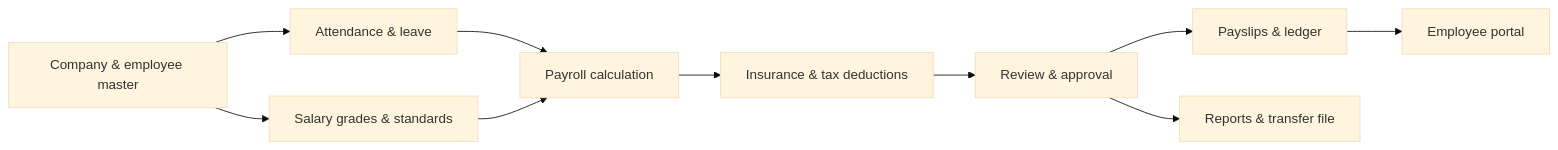
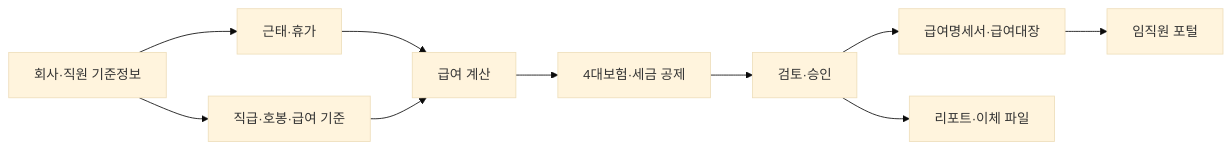
One commit to sunwoo8478/ERP changed the diagram in README.md. Above: the diagram before and after it, drawn with Mermaid (base theme). The commit also changed other lines of this file, not shown here.

````diff
--- a/README.md
+++ b/README.md
@@ -26,12 +26,12 @@
 ```mermaid
 flowchart LR
-    MASTER[Company & employee master] --> ATT[Attendance & leave]
-    MASTER --> STANDARD[Salary grades & standards]
-    ATT --> CALC[Payroll calculation]
+    MASTER[회사·직원 기준정보] --> ATT[근태·휴가]
+    MASTER --> STANDARD[직급·호봉·급여 기준]
+    ATT --> CALC[급여 계산]
     STANDARD --> CALC
-    CALC --> DEDUCT[Insurance & tax deductions]
-    DEDUCT --> APPROVE[Review & approval]
-    APPROVE --> SLIP[Payslips & ledger]
-    SLIP --> PORTAL[Employee portal]
-    APPROVE --> REPORT[Reports & transfer file]
+    CALC --> DEDUCT[4대보험·세금 공제]
+    DEDUCT --> APPROVE[검토·승인]
+    APPROVE --> SLIP[급여명세서·급여대장]
+    SLIP --> PORTAL[임직원 포털]
+    APPROVE --> REPORT[리포트·이체 파일]
 ```
````
